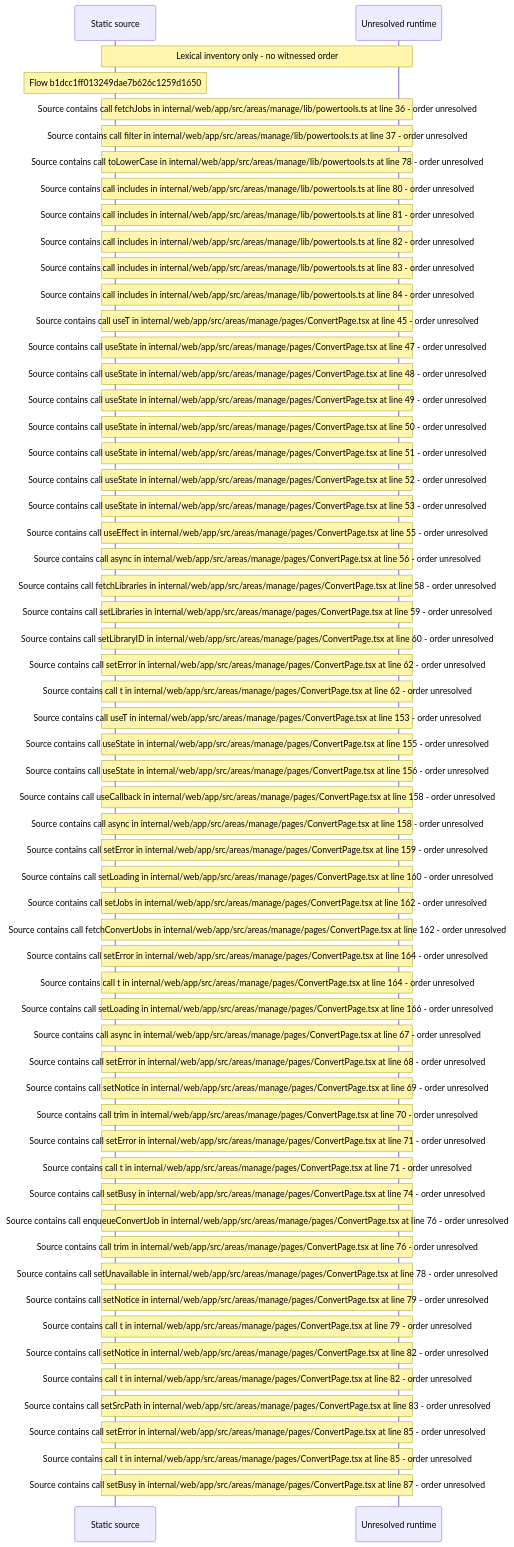
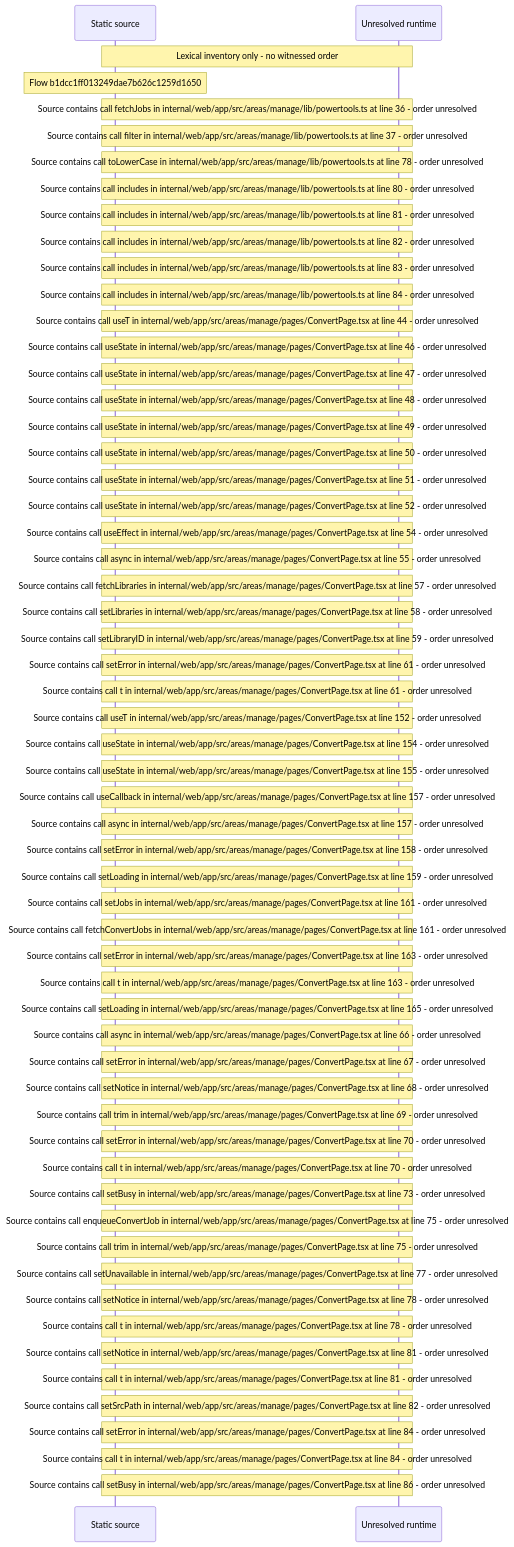
Before and after one commit to beamfall/core: the diagram in docs/web/flows/generated/b1dcc1ff013249dae7b626c1259d1650/flow-diagram.md, drawn with Mermaid. The commit also changed other lines of this file and 715 other files, not shown here.

First line of the commit message:
Regenerate the web flow record on main after CORE-1117

````diff
--- a/docs/web/flows/generated/b1dcc1ff013249dae7b626c1259d1650/flow-diagram.md
+++ b/docs/web/flows/generated/b1dcc1ff013249dae7b626c1259d1650/flow-diagram.md
@@ -10,60 +10,60 @@
 ```mermaid
 sequenceDiagram
     participant S as Static source
     participant U as Unresolved runtime
     Note over S,U: Lexical inventory only - no witnessed order
     Note over S: Flow b1dcc1ff013249dae7b626c1259d1650
     Note over S,U: Source contains call fetchJobs in internal/web/app/src/areas/manage/lib/powertools.ts at line 36 - order unresolved
     Note over S,U: Source contains call filter in internal/web/app/src/areas/manage/lib/powertools.ts at line 37 - order unresolved
     Note over S,U: Source contains call toLowerCase in internal/web/app/src/areas/manage/lib/powertools.ts at line 78 - order unresolved
     Note over S,U: Source contains call includes in internal/web/app/src/areas/manage/lib/powertools.ts at line 80 - order unresolved
     Note over S,U: Source contains call includes in internal/web/app/src/areas/manage/lib/powertools.ts at line 81 - order unresolved
     Note over S,U: Source contains call includes in internal/web/app/src/areas/manage/lib/powertools.ts at line 82 - order unresolved
     Note over S,U: Source contains call includes in internal/web/app/src/areas/manage/lib/powertools.ts at line 83 - order unresolved
     Note over S,U: Source contains call includes in internal/web/app/src/areas/manage/lib/powertools.ts at line 84 - order unresolved
-    Note over S,U: Source contains call useT in internal/web/app/src/areas/manage/pages/ConvertPage.tsx at line 45 - order unresolved
+    Note over S,U: Source contains call useT in internal/web/app/src/areas/manage/pages/ConvertPage.tsx at line 44 - order unresolved
+    Note over S,U: Source contains call useState in internal/web/app/src/areas/manage/pages/ConvertPage.tsx at line 46 - order unresolved
     Note over S,U: Source contains call useState in internal/web/app/src/areas/manage/pages/ConvertPage.tsx at line 47 - order unresolved
     Note over S,U: Source contains call useState in internal/web/app/src/areas/manage/pages/ConvertPage.tsx at line 48 - order unresolved
     Note over S,U: Source contains call useState in internal/web/app/src/areas/manage/pages/ConvertPage.tsx at line 49 - order unresolved
     Note over S,U: Source contains call useState in internal/web/app/src/areas/manage/pages/ConvertPage.tsx at line 50 - order unresolved
     Note over S,U: Source contains call useState in internal/web/app/src/areas/manage/pages/ConvertPage.tsx at line 51 - order unresolved
     Note over S,U: Source contains call useState in internal/web/app/src/areas/manage/pages/ConvertPage.tsx at line 52 - order unresolved
-    Note over S,U: Source contains call useState in internal/web/app/src/areas/manage/pages/ConvertPage.tsx at line 53 - order unresolved
-    Note over S,U: Source contains call useEffect in internal/web/app/src/areas/manage/pages/ConvertPage.tsx at line 55 - order unresolved
-    Note over S,U: Source contains call async in internal/web/app/src/areas/manage/pages/ConvertPage.tsx at line 56 - order unresolved
-    Note over S,U: Source contains call fetchLibraries in internal/web/app/src/areas/manage/pages/ConvertPage.tsx at line 58 - order unresolved
-    Note over S,U: Source contains call setLibraries in internal/web/app/src/areas/manage/pages/ConvertPage.tsx at line 59 - order unresolved
-    Note over S,U: Source contains call setLibraryID in internal/web/app/src/areas/manage/pages/ConvertPage.tsx at line 60 - order unresolved
-    Note over S,U: Source contains call setError in internal/web/app/src/areas/manage/pages/ConvertPage.tsx at line 62 - order unresolved
-    Note over S,U: Source contains call t in internal/web/app/src/areas/manage/pages/ConvertPage.tsx at line 62 - order unresolved
-    Note over S,U: Source contains call useT in internal/web/app/src/areas/manage/pages/ConvertPage.tsx at line 153 - order unresolved
+    Note over S,U: Source contains call useEffect in internal/web/app/src/areas/manage/pages/ConvertPage.tsx at line 54 - order unresolved
+    Note over S,U: Source contains call async in internal/web/app/src/areas/manage/pages/ConvertPage.tsx at line 55 - order unresolved
+    Note over S,U: Source contains call fetchLibraries in internal/web/app/src/areas/manage/pages/ConvertPage.tsx at line 57 - order unresolved
+    Note over S,U: Source contains call setLibraries in internal/web/app/src/areas/manage/pages/ConvertPage.tsx at line 58 - order unresolved
+    Note over S,U: Source contains call setLibraryID in internal/web/app/src/areas/manage/pages/ConvertPage.tsx at line 59 - order unresolved
+    Note over S,U: Source contains call setError in internal/web/app/src/areas/manage/pages/ConvertPage.tsx at line 61 - order unresolved
+    Note over S,U: Source contains call t in internal/web/app/src/areas/manage/pages/ConvertPage.tsx at line 61 - order unresolved
+    Note over S,U: Source contains call useT in internal/web/app/src/areas/manage/pages/ConvertPage.tsx at line 152 - order unresolved
+    Note over S,U: Source contains call useState in internal/web/app/src/areas/manage/pages/ConvertPage.tsx at line 154 - order unresolved
     Note over S,U: Source contains call useState in internal/web/app/src/areas/manage/pages/ConvertPage.tsx at line 155 - order unresolved
-    Note over S,U: Source contains call useState in internal/web/app/src/areas/manage/pages/ConvertPage.tsx at line 156 - order unresolved
-    Note over S,U: Source contains call useCallback in internal/web/app/src/areas/manage/pages/ConvertPage.tsx at line 158 - order unresolved
-    Note over S,U: Source contains call async in internal/web/app/src/areas/manage/pages/ConvertPage.tsx at line 158 - order unresolved
-    Note over S,U: Source contains call setError in internal/web/app/src/areas/manage/pages/ConvertPage.tsx at line 159 - order unresolved
-    Note over S,U: Source contains call setLoading in internal/web/app/src/areas/manage/pages/ConvertPage.tsx at line 160 - order unresolved
-    Note over S,U: Source contains call setJobs in internal/web/app/src/areas/manage/pages/ConvertPage.tsx at line 162 - order unresolved
-    Note over S,U: Source contains call fetchConvertJobs in internal/web/app/src/areas/manage/pages/ConvertPage.tsx at line 162 - order unresolved
-    Note over S,U: Source contains call setError in internal/web/app/src/areas/manage/pages/ConvertPage.tsx at line 164 - order unresolved
-    Note over S,U: Source contains call t in internal/web/app/src/areas/manage/pages/ConvertPage.tsx at line 164 - order unresolved
-    Note over S,U: Source contains call setLoading in internal/web/app/src/areas/manage/pages/ConvertPage.tsx at line 166 - order unresolved
-    Note over S,U: Source contains call async in internal/web/app/src/areas/manage/pages/ConvertPage.tsx at line 67 - order unresolved
-    Note over S,U: Source contains call setError in internal/web/app/src/areas/manage/pages/ConvertPage.tsx at line 68 - order unresolved
-    Note over S,U: Source contains call setNotice in internal/web/app/src/areas/manage/pages/ConvertPage.tsx at line 69 - order unresolved
-    Note over S,U: Source contains call trim in internal/web/app/src/areas/manage/pages/ConvertPage.tsx at line 70 - order unresolved
-    Note over S,U: Source contains call setError in internal/web/app/src/areas/manage/pages/ConvertPage.tsx at line 71 - order unresolved
-    Note over S,U: Source contains call t in internal/web/app/src/areas/manage/pages/ConvertPage.tsx at line 71 - order unresolved
-    Note over S,U: Source contains call setBusy in internal/web/app/src/areas/manage/pages/ConvertPage.tsx at line 74 - order unresolved
-    Note over S,U: Source contains call enqueueConvertJob in internal/web/app/src/areas/manage/pages/ConvertPage.tsx at line 76 - order unresolved
-    Note over S,U: Source contains call trim in internal/web/app/src/areas/manage/pages/ConvertPage.tsx at line 76 - order unresolved
-    Note over S,U: Source contains call setUnavailable in internal/web/app/src/areas/manage/pages/ConvertPage.tsx at line 78 - order unresolved
-    Note over S,U: Source contains call setNotice in internal/web/app/src/areas/manage/pages/ConvertPage.tsx at line 79 - order unresolved
-    Note over S,U: Source contains call t in internal/web/app/src/areas/manage/pages/ConvertPage.tsx at line 79 - order unresolved
-    Note over S,U: Source contains call setNotice in internal/web/app/src/areas/manage/pages/ConvertPage.tsx at line 82 - order unresolved
-    Note over S,U: Source contains call t in internal/web/app/src/areas/manage/pages/ConvertPage.tsx at line 82 - order unresolved
-    Note over S,U: Source contains call setSrcPath in internal/web/app/src/areas/manage/pages/ConvertPage.tsx at line 83 - order unresolved
-    Note over S,U: Source contains call setError in internal/web/app/src/areas/manage/pages/ConvertPage.tsx at line 85 - order unresolved
-    Note over S,U: Source contains call t in internal/web/app/src/areas/manage/pages/ConvertPage.tsx at line 85 - order unresolved
-    Note over S,U: Source contains call setBusy in internal/web/app/src/areas/manage/pages/ConvertPage.tsx at line 87 - order unresolved
+    Note over S,U: Source contains call useCallback in internal/web/app/src/areas/manage/pages/ConvertPage.tsx at line 157 - order unresolved
+    Note over S,U: Source contains call async in internal/web/app/src/areas/manage/pages/ConvertPage.tsx at line 157 - order unresolved
+    Note over S,U: Source contains call setError in internal/web/app/src/areas/manage/pages/ConvertPage.tsx at line 158 - order unresolved
+    Note over S,U: Source contains call setLoading in internal/web/app/src/areas/manage/pages/ConvertPage.tsx at line 159 - order unresolved
+    Note over S,U: Source contains call setJobs in internal/web/app/src/areas/manage/pages/ConvertPage.tsx at line 161 - order unresolved
+    Note over S,U: Source contains call fetchConvertJobs in internal/web/app/src/areas/manage/pages/ConvertPage.tsx at line 161 - order unresolved
+    Note over S,U: Source contains call setError in internal/web/app/src/areas/manage/pages/ConvertPage.tsx at line 163 - order unresolved
+    Note over S,U: Source contains call t in internal/web/app/src/areas/manage/pages/ConvertPage.tsx at line 163 - order unresolved
+    Note over S,U: Source contains call setLoading in internal/web/app/src/areas/manage/pages/ConvertPage.tsx at line 165 - order unresolved
+    Note over S,U: Source contains call async in internal/web/app/src/areas/manage/pages/ConvertPage.tsx at line 66 - order unresolved
+    Note over S,U: Source contains call setError in internal/web/app/src/areas/manage/pages/ConvertPage.tsx at line 67 - order unresolved
+    Note over S,U: Source contains call setNotice in internal/web/app/src/areas/manage/pages/ConvertPage.tsx at line 68 - order unresolved
+    Note over S,U: Source contains call trim in internal/web/app/src/areas/manage/pages/ConvertPage.tsx at line 69 - order unresolved
+    Note over S,U: Source contains call setError in internal/web/app/src/areas/manage/pages/ConvertPage.tsx at line 70 - order unresolved
+    Note over S,U: Source contains call t in internal/web/app/src/areas/manage/pages/ConvertPage.tsx at line 70 - order unresolved
+    Note over S,U: Source contains call setBusy in internal/web/app/src/areas/manage/pages/ConvertPage.tsx at line 73 - order unresolved
+    Note over S,U: Source contains call enqueueConvertJob in internal/web/app/src/areas/manage/pages/ConvertPage.tsx at line 75 - order unresolved
+    Note over S,U: Source contains call trim in internal/web/app/src/areas/manage/pages/ConvertPage.tsx at line 75 - order unresolved
+    Note over S,U: Source contains call setUnavailable in internal/web/app/src/areas/manage/pages/ConvertPage.tsx at line 77 - order unresolved
+    Note over S,U: Source contains call setNotice in internal/web/app/src/areas/manage/pages/ConvertPage.tsx at line 78 - order unresolved
+    Note over S,U: Source contains call t in internal/web/app/src/areas/manage/pages/ConvertPage.tsx at line 78 - order unresolved
+    Note over S,U: Source contains call setNotice in internal/web/app/src/areas/manage/pages/ConvertPage.tsx at line 81 - order unresolved
+    Note over S,U: Source contains call t in internal/web/app/src/areas/manage/pages/ConvertPage.tsx at line 81 - order unresolved
+    Note over S,U: Source contains call setSrcPath in internal/web/app/src/areas/manage/pages/ConvertPage.tsx at line 82 - order unresolved
+    Note over S,U: Source contains call setError in internal/web/app/src/areas/manage/pages/ConvertPage.tsx at line 84 - order unresolved
+    Note over S,U: Source contains call t in internal/web/app/src/areas/manage/pages/ConvertPage.tsx at line 84 - order unresolved
+    Note over S,U: Source contains call setBusy in internal/web/app/src/areas/manage/pages/ConvertPage.tsx at line 86 - order unresolved
 ```
````
